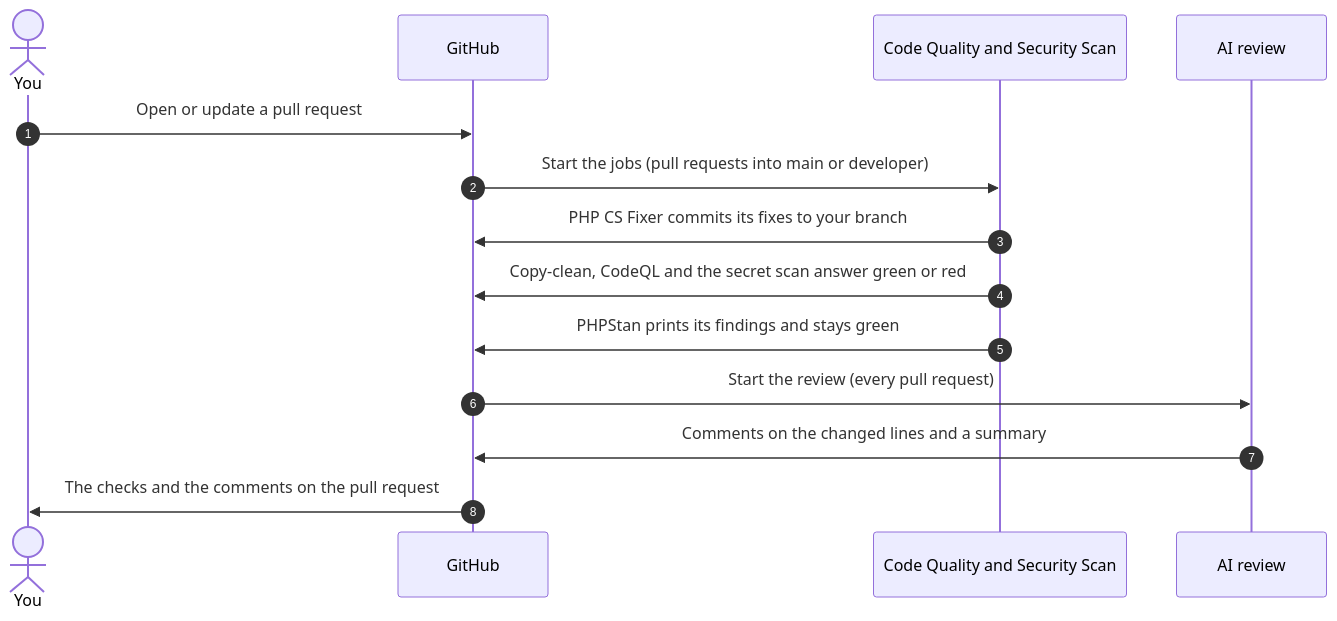
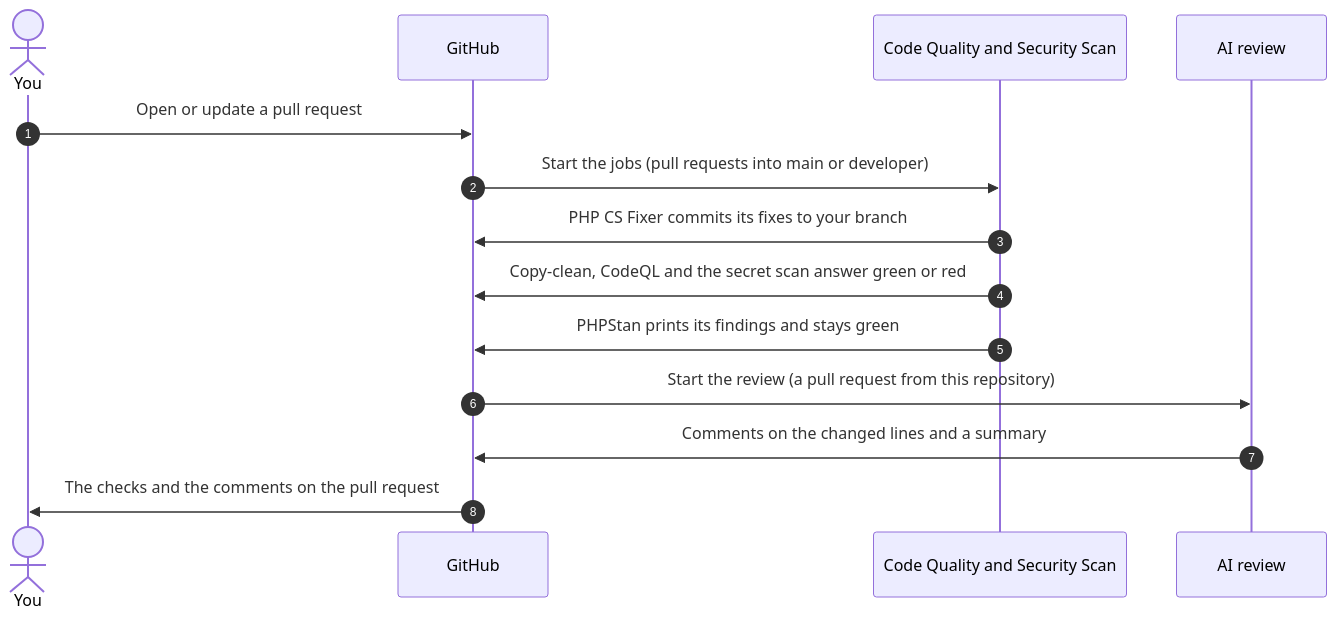
The diagram in docs/tooling/workflows.md (Easylogic-CO-LP/Alfa-Commerce-Manual), drawn with Mermaid before and after one commit. The commit also changed other lines of this file and 33 other files, not shown here.

````diff
--- a/docs/tooling/workflows.md
+++ b/docs/tooling/workflows.md
@@ -48,16 +48,16 @@
 ```mermaid
 sequenceDiagram
     autonumber
     actor You
     participant GitHub
     participant Checks as Code Quality and Security Scan
     participant Review as AI review
     You->>GitHub: Open or update a pull request
     GitHub->>Checks: Start the jobs (pull requests into main or developer)
     Checks->>GitHub: PHP CS Fixer commits its fixes to your branch
     Checks->>GitHub: Copy-clean, CodeQL and the secret scan answer green or red
     Checks->>GitHub: PHPStan prints its findings and stays green
-    GitHub->>Review: Start the review (every pull request)
+    GitHub->>Review: Start the review (a pull request from this repository)
     Review->>GitHub: Comments on the changed lines and a summary
     GitHub->>You: The checks and the comments on the pull request
 ```
````
